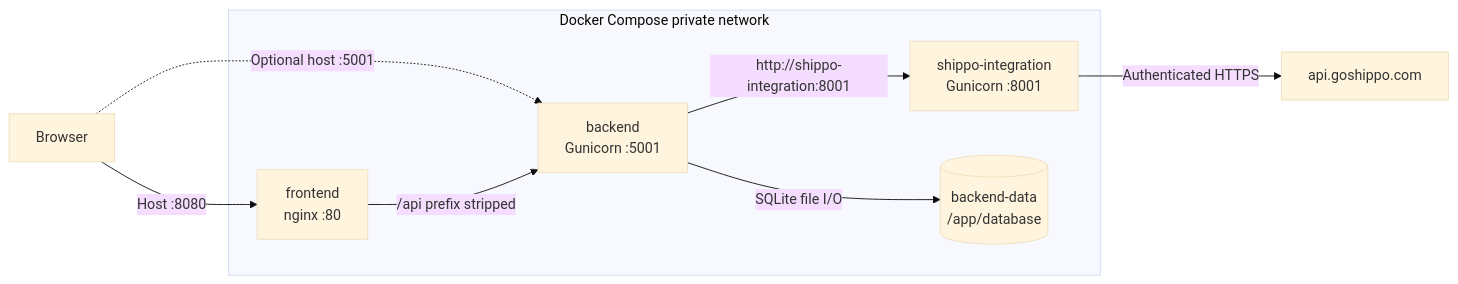
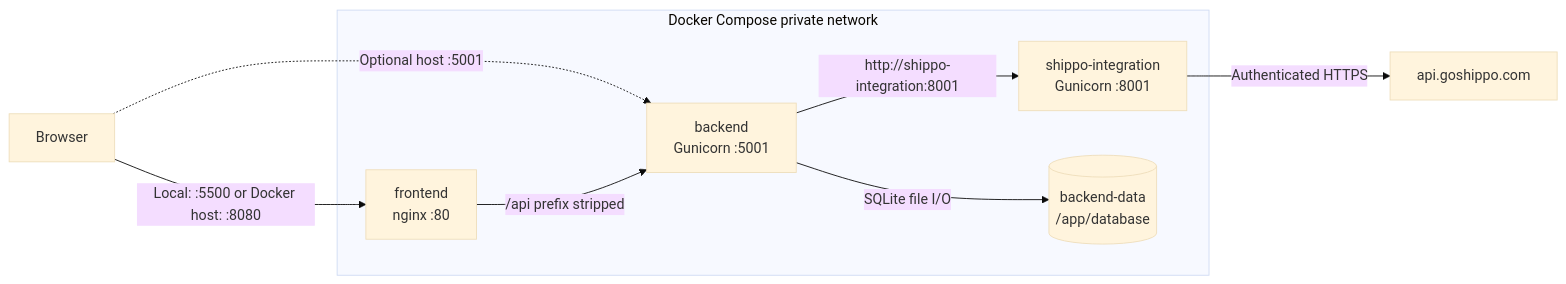
The second of 13 diagrams in OVERALL_ARCHITECTURE.md (Guiga1993/SoftwareArchitecture_API_External), drawn with Mermaid (base theme) before and after one commit. The commit also changed other lines of this file and 1 other file, not shown here.

Commit message:
architecture update

````diff
--- a/OVERALL_ARCHITECTURE.md
+++ b/OVERALL_ARCHITECTURE.md
@@ -67,20 +84,20 @@
 ```mermaid
 flowchart LR
   Browser[Browser]
 
   subgraph Compose[Docker Compose private network]
     Frontend[frontend<br/>nginx :80]
     Backend[backend<br/>Gunicorn :5001]
     Integration[shippo-integration<br/>Gunicorn :8001]
     Volume[(backend-data<br/>/app/database)]
   end
 
   Shippo[api.goshippo.com]
 
-  Browser -->|Host :8080| Frontend
+  Browser -->|Local: :5500 or Docker host: :8080| Frontend
   Browser -.->|Optional host :5001| Backend
   Frontend -->|/api prefix stripped| Backend
   Backend -->|http://shippo-integration:8001| Integration
   Backend -->|SQLite file I/O| Volume
   Integration -->|Authenticated HTTPS| Shippo
 ```
````
